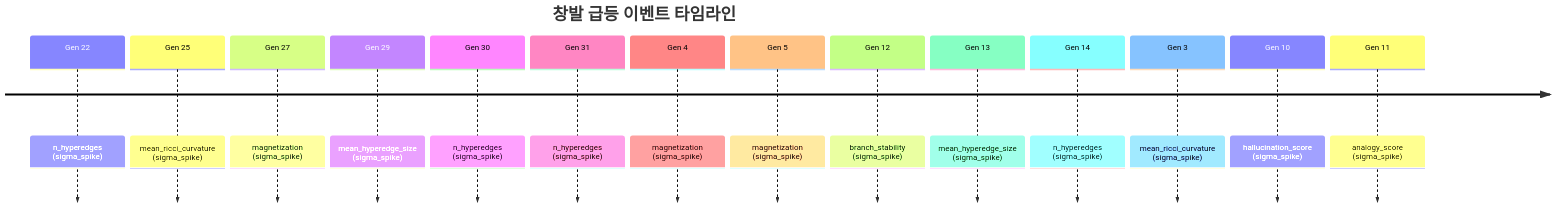
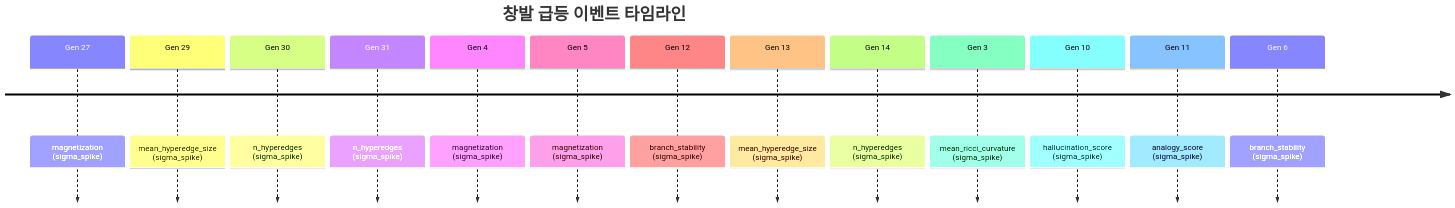
One commit to need-singularity/test-1 changed the diagram in README.md. Above: the diagram before and after it, drawn with Mermaid. The commit also changed other lines of this file and 1 other file, not shown here.

````diff
--- a/README.md
+++ b/README.md
@@ -107,18 +104,17 @@
 ```mermaid
 timeline
     title 창발 급등 이벤트 타임라인
-    Gen 22 : n_hyperedges (sigma_spike)
-    Gen 25 : mean_ricci_curvature (sigma_spike)
     Gen 27 : magnetization (sigma_spike)
     Gen 29 : mean_hyperedge_size (sigma_spike)
     Gen 30 : n_hyperedges (sigma_spike)
     Gen 31 : n_hyperedges (sigma_spike)
     Gen 4 : magnetization (sigma_spike)
     Gen 5 : magnetization (sigma_spike)
     Gen 12 : branch_stability (sigma_spike)
     Gen 13 : mean_hyperedge_size (sigma_spike)
     Gen 14 : n_hyperedges (sigma_spike)
     Gen 3 : mean_ricci_curvature (sigma_spike)
     Gen 10 : hallucination_score (sigma_spike)
     Gen 11 : analogy_score (sigma_spike)
+    Gen 6 : branch_stability (sigma_spike)
 ```
````
